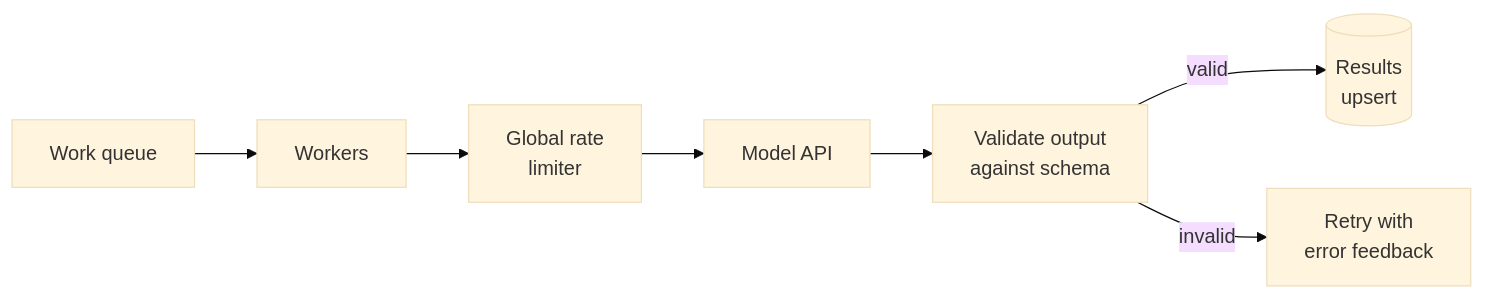
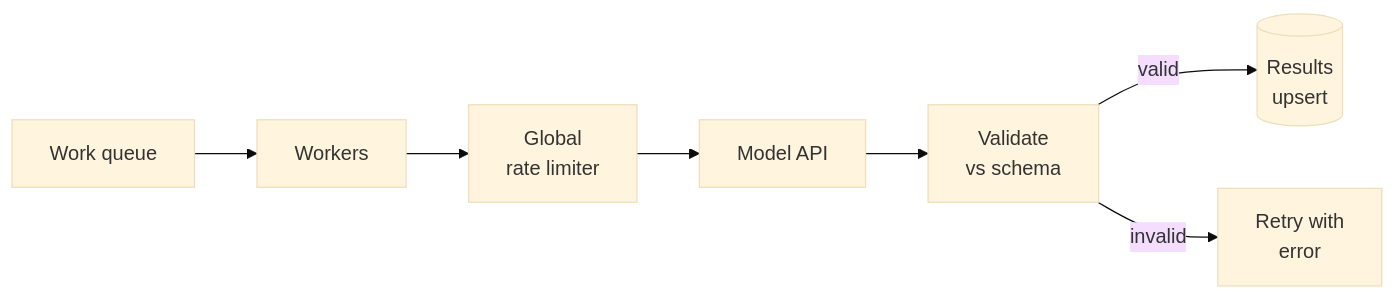
The second of 2 diagrams in src/Data/aiStackDocs/DP-06.md (shubamchaudhary/CodeNITW), drawn with Mermaid (base theme) before and after one commit. The commit also changed other lines of this file and 15 other files, not shown here.

````diff
--- a/src/Data/aiStackDocs/DP-06.md
+++ b/src/Data/aiStackDocs/DP-06.md
@@ -83,9 +76,9 @@
 ```mermaid
 flowchart LR
     Q["Work queue"] --> W["Workers"]
-    W --> RL["Global rate<br/>limiter"]
+    W --> RL["Global<br/>rate limiter"]
     RL --> M["Model API"]
-    M --> V["Validate output<br/>against schema"]
+    M --> V["Validate<br/>vs schema"]
     V -->|"valid"| R[("Results<br/>upsert")]
-    V -->|"invalid"| RT["Retry with<br/>error feedback"]
+    V -->|"invalid"| RT["Retry with<br/>error"]
 ```
````
